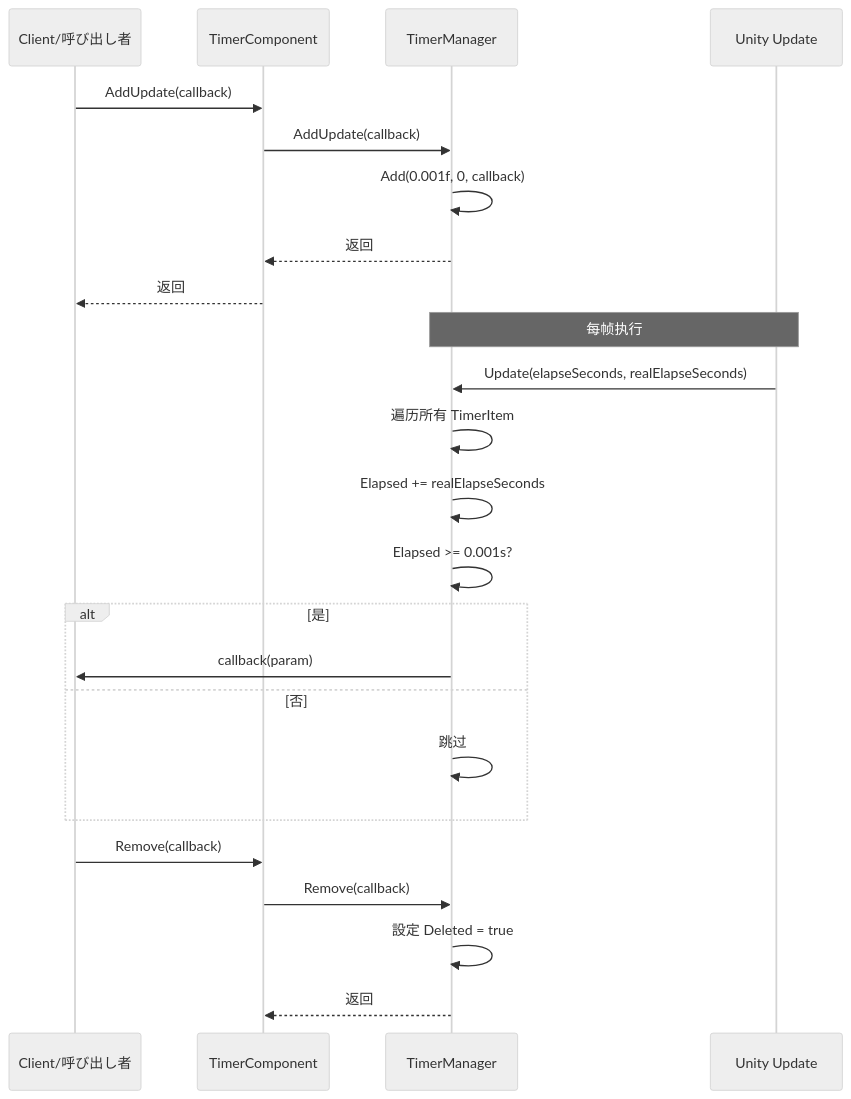
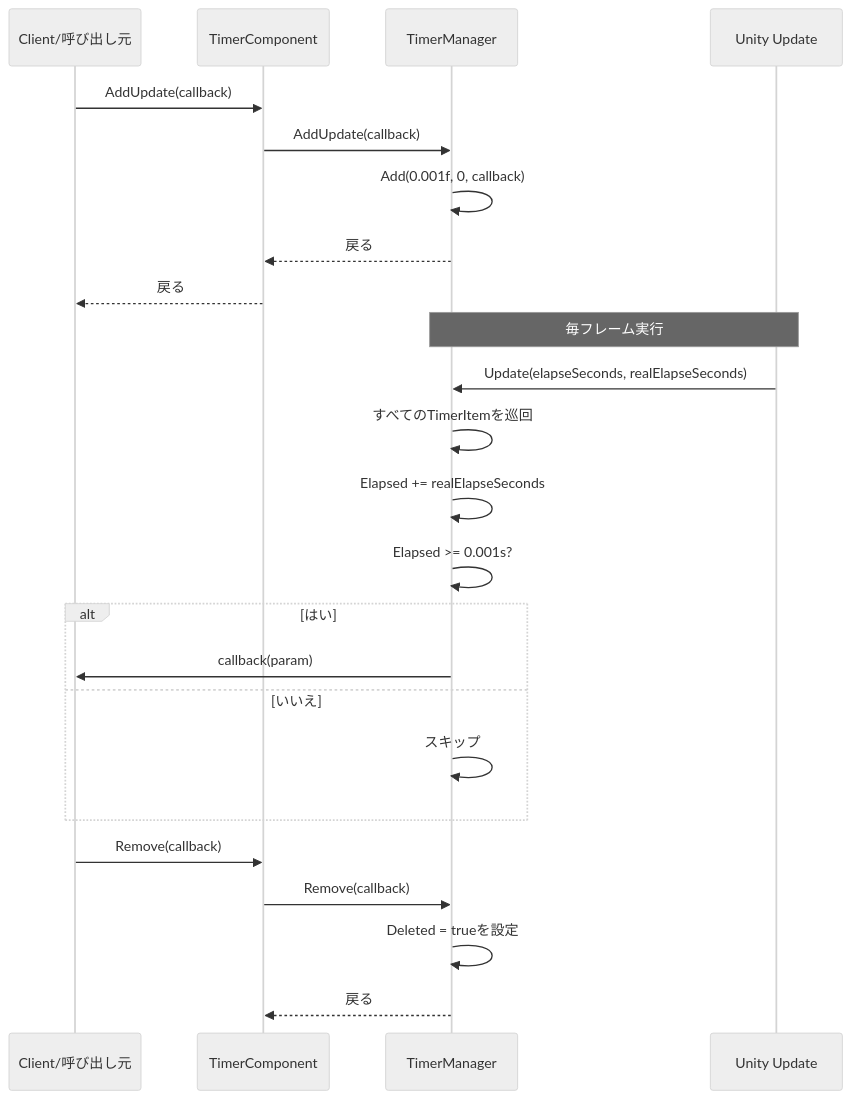
The second of 2 diagrams in docs/ja/client/unity/component/timer/10.add-update.md (AlianBlank/GameFrameX.Docs), drawn with Mermaid (neutral theme) before and after one commit. The commit also changed other lines of this file and 320 other files, not shown here.

````diff
--- a/docs/ja/client/unity/component/timer/10.add-update.md
+++ b/docs/ja/client/unity/component/timer/10.add-update.md
@@ -78,29 +78,29 @@
 ```mermaid
 sequenceDiagram
-    participant C as Client/呼び出し者
+    participant C as Client/呼び出し元
     participant TC as TimerComponent
     participant TM as TimerManager
     participant U as Unity Update
 
     C->>TC: AddUpdate(callback)
     TC->>TM: AddUpdate(callback)
     TM->>TM: Add(0.001f, 0, callback)
-    TM-->>TC: 返回
-    TC-->>C: 返回
-    
-    Note over TM,U: 每帧执行
+    TM-->>TC: 戻る
+    TC-->>C: 戻る
+
+    Note over TM,U: 毎フレーム実行
     U->>TM: Update(elapseSeconds, realElapseSeconds)
-    TM->>TM: 遍历所有 TimerItem
+    TM->>TM: すべてのTimerItemを巡回
     TM->>TM: Elapsed += realElapseSeconds
     TM->>TM: Elapsed >= 0.001s?
-    alt 是
+    alt はい
         TM->>C: callback(param)
-    else 否
-        TM->>TM: 跳过
+    else いいえ
+        TM->>TM: スキップ
     end
-    
+
     C->>TC: Remove(callback)
     TC->>TM: Remove(callback)
-    TM->>TM: 設定 Deleted = true
-    TM-->>TC: 返回
+    TM->>TM: Deleted = trueを設定
+    TM-->>TC: 戻る
 ```
````
